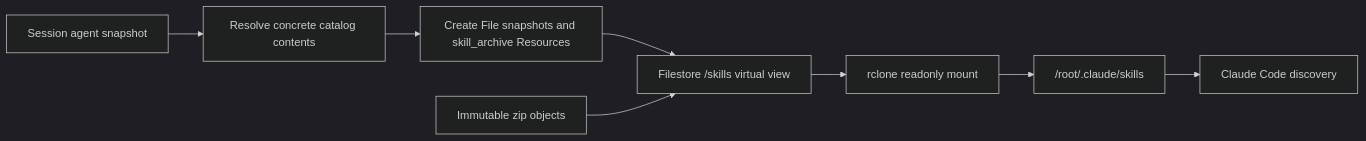
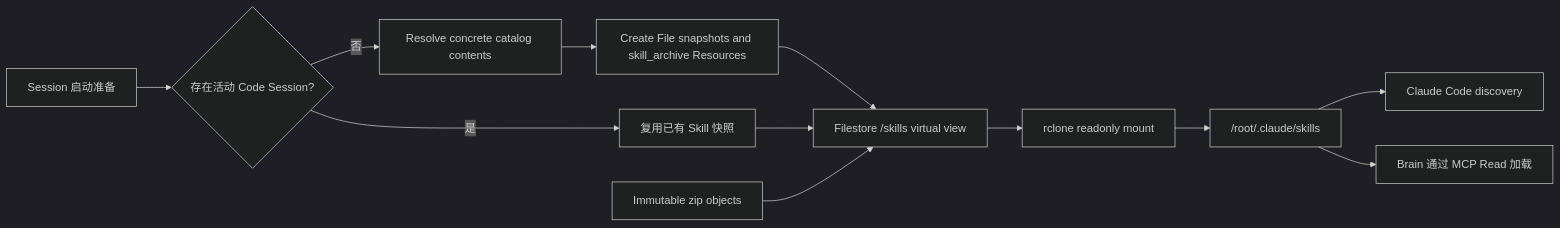
One commit to superduck-ai/open-managed-agents changed the diagram in docs/design/be/managed-agent-skills-runtime.md. Above: the diagram before and after it, drawn with Mermaid (dark theme). The commit also changed other lines of this file and 267 other files, not shown here.

````diff
--- a/docs/design/be/managed-agent-skills-runtime.md
+++ b/docs/design/be/managed-agent-skills-runtime.md
@@ -41,10 +51,14 @@
 ```mermaid
 flowchart LR
-    A["Session agent snapshot"] --> B["Resolve concrete catalog contents"]
+    A["Session 启动准备"] --> Check{"存在活动 Code Session?"}
+    Check -->|否| B["Resolve concrete catalog contents"]
+    Check -->|是| Reuse["复用已有 Skill 快照"]
     B --> C["Create File snapshots and skill_archive Resources"]
     C --> D["Filestore /skills virtual view"]
+    Reuse --> D
     E["Immutable zip objects"] --> D
     D --> F["rclone readonly mount"]
     F --> G["/root/.claude/skills"]
     G --> H["Claude Code discovery"]
+    G --> I["Brain 通过 MCP Read 加载"]
 ```
````
